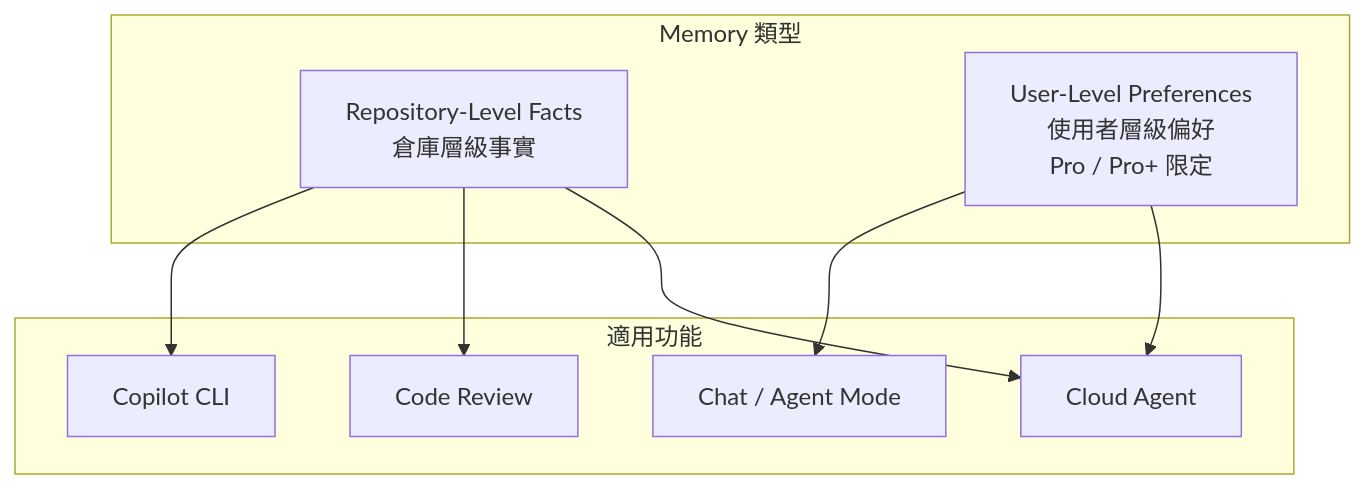
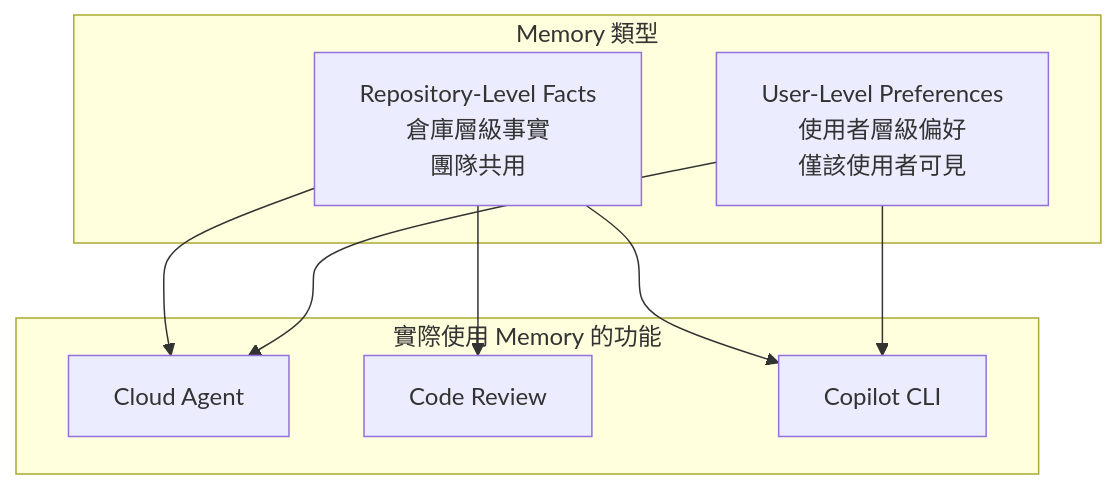
One commit to chihhung/Blog changed the tenth of 24 diagrams in content/posts/教學/AI開發/github copilot生態圈教學手冊.md. Above: the diagram before and after it, drawn with Mermaid. The commit also changed other lines of this file and 1 other file, not shown here.

````diff
--- a/content/posts/教學/AI開發/github copilot生態圈教學手冊.md
+++ b/content/posts/教學/AI開發/github copilot生態圈教學手冊.md
@@ -1915,20 +1953,19 @@
 ```mermaid
 flowchart TB
     subgraph "Memory 類型"
-        A[Repository-Level Facts<br/>倉庫層級事實]
-        B[User-Level Preferences<br/>使用者層級偏好<br/>Pro / Pro+ 限定]
+        A[Repository-Level Facts<br/>倉庫層級事實<br/>團隊共用]
+        B[User-Level Preferences<br/>使用者層級偏好<br/>僅該使用者可見]
     end
     
-    subgraph "適用功能"
+    subgraph "實際使用 Memory 的功能"
         C[Cloud Agent]
         D[Code Review]
         E[Copilot CLI]
-        F[Chat / Agent Mode]
     end
     
     A --> C
     A --> D
     A --> E
     B --> C
-    B --> F
+    B --> E
 ```
````
